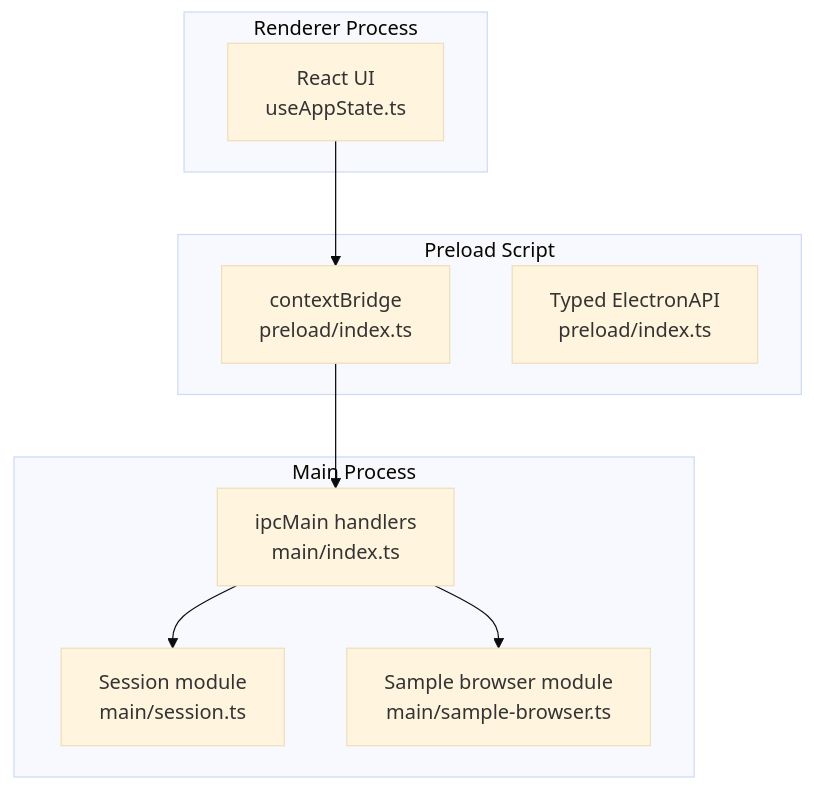
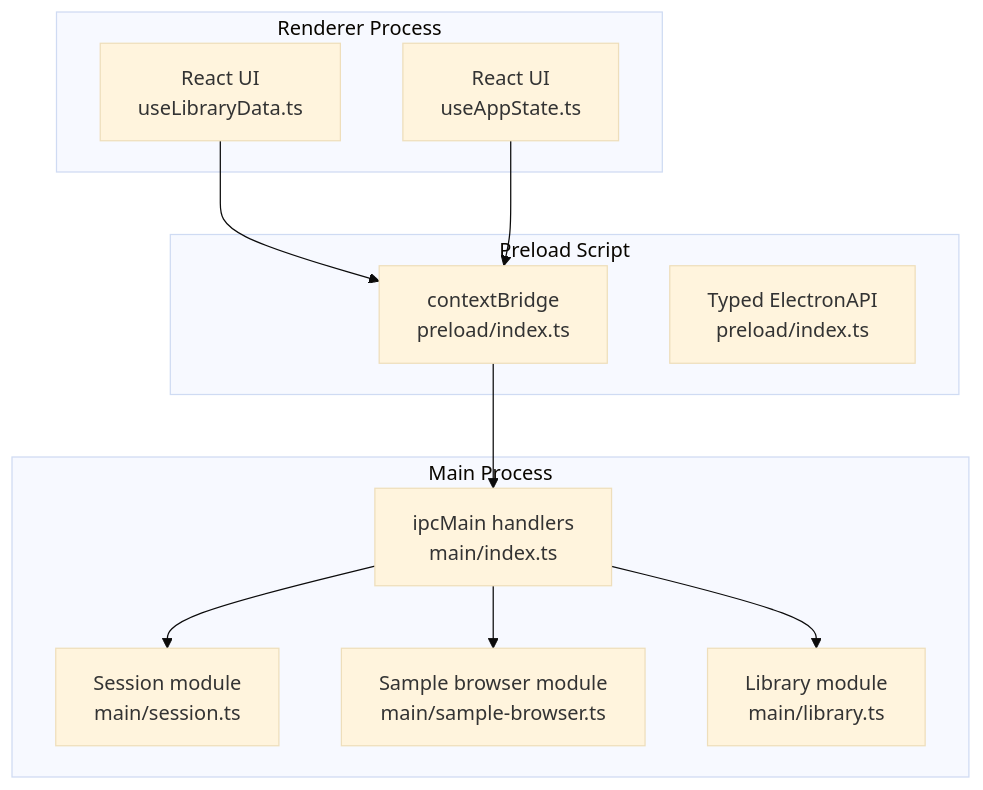
One commit to satyrlord/mixjam-electron changed the first of 8 diagrams in .qoder/repowiki/en/content/IPC Communication.md. Above: the diagram before and after it, drawn with Mermaid (base theme). The commit also changed other lines of this file and 7 other files, not shown here.

````diff
--- a/.qoder/repowiki/en/content/IPC Communication.md
+++ b/.qoder/repowiki/en/content/IPC Communication.md
@@ -38,19 +48,23 @@
 ```mermaid
 graph TB
 subgraph "Renderer Process"
-RUI["React UI<br/>useAppState.ts"]
+RUI["React UI<br/>useLibraryData.ts"]
+RUI2["React UI<br/>useAppState.ts"]
 end
 subgraph "Preload Script"
 CB["contextBridge<br/>preload/index.ts"]
 API["Typed ElectronAPI<br/>preload/index.ts"]
 end
 subgraph "Main Process"
 IMR["ipcMain handlers<br/>main/index.ts"]
 SES["Session module<br/>main/session.ts"]
 SBR["Sample browser module<br/>main/sample-browser.ts"]
+LIB["Library module<br/>main/library.ts"]
 end
 RUI --> CB
+RUI2 --> CB
 CB --> IMR
 IMR --> SES
 IMR --> SBR
+IMR --> LIB
 ```
````
